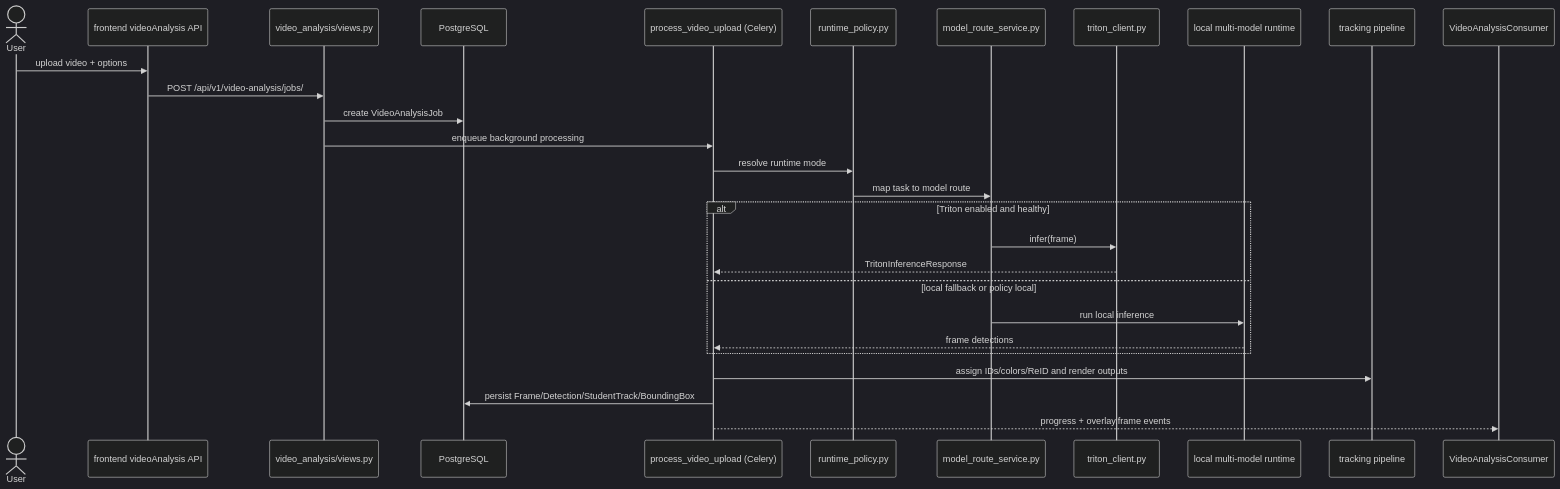
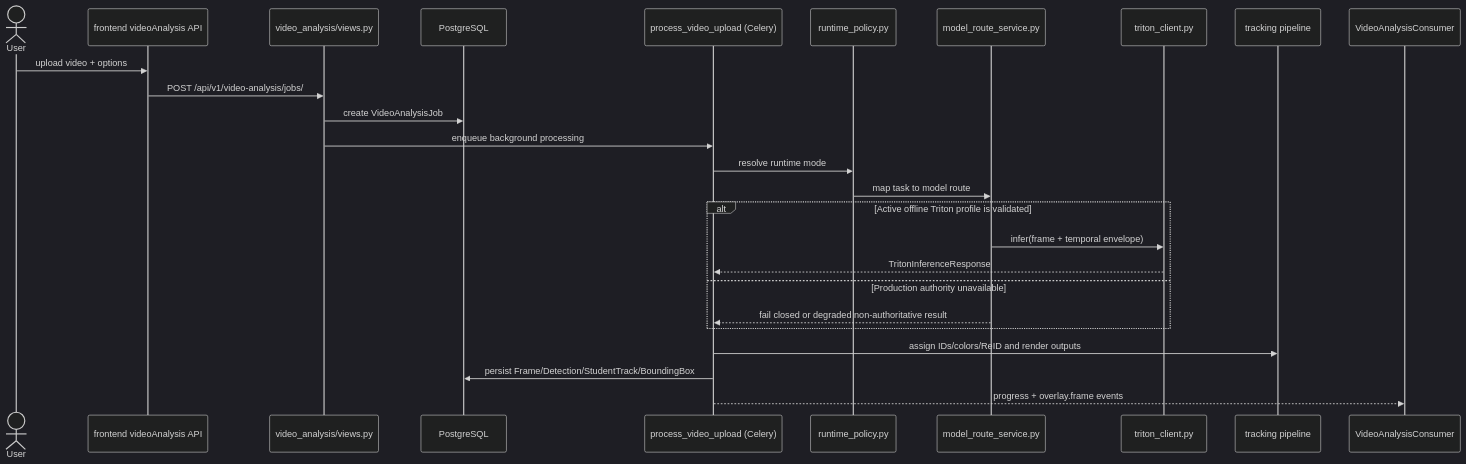
The second of 4 diagrams in docs/backend/architecture/data-flow.md (ahmedelbamby-aast/Grad-Project-Docs), drawn with Mermaid before and after one commit. The commit also changed other lines of this file and 2792 other files, not shown here.

````diff
--- a/docs/backend/architecture/data-flow.md
+++ b/docs/backend/architecture/data-flow.md
@@ -33,32 +33,30 @@
 ```mermaid
 %%{init: {'theme': 'dark', 'themeVariables': {'primaryColor': '#7C3AED', 'lineColor': '#A78BFA'}}}%%
 sequenceDiagram
     actor User
     participant FE as frontend videoAnalysis API
     participant View as video_analysis/views.py
     participant DB as PostgreSQL
     participant Task as process_video_upload (Celery)
     participant Policy as runtime_policy.py
     participant Route as model_route_service.py
     participant Triton as triton_client.py
-    participant Local as local multi-model runtime
     participant Track as tracking pipeline
     participant WS as VideoAnalysisConsumer
 
     User->>FE: upload video + options
     FE->>View: POST /api/v1/video-analysis/jobs/
     View->>DB: create VideoAnalysisJob
     View->>Task: enqueue background processing
     Task->>Policy: resolve runtime mode
     Policy->>Route: map task to model route
-    alt Triton enabled and healthy
-        Route->>Triton: infer(frame)
+    alt Active offline Triton profile is validated
+        Route->>Triton: infer(frame + temporal envelope)
         Triton-->>Task: TritonInferenceResponse
-    else local fallback or policy local
-        Route->>Local: run local inference
-        Local-->>Task: frame detections
+    else Production authority unavailable
+        Route-->>Task: fail closed or degraded non-authoritative result
     end
     Task->>Track: assign IDs/colors/ReID and render outputs
     Task->>DB: persist Frame/Detection/StudentTrack/BoundingBox
     Task-->>WS: progress + overlay.frame events
 ```
````
